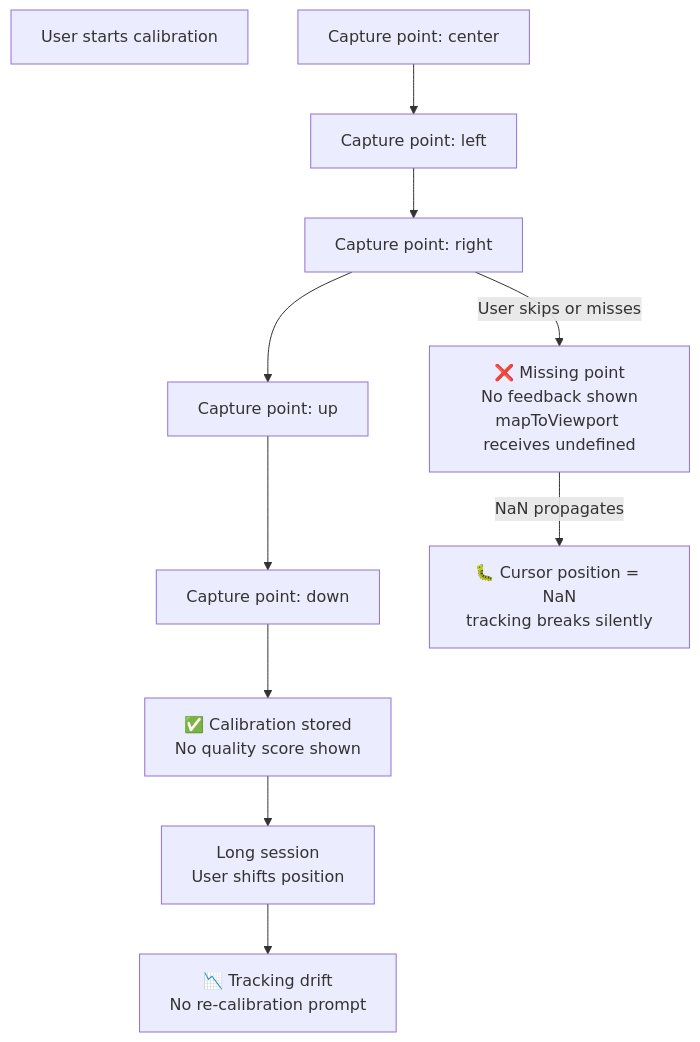
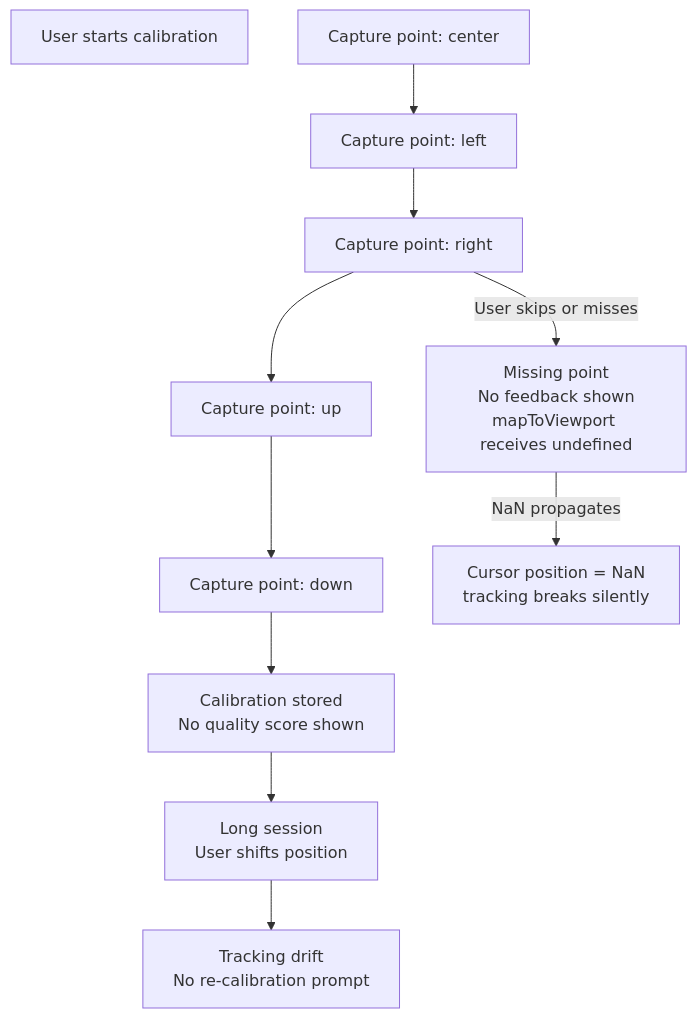
One commit to aadibhat09/NodCursor changed the diagram in .github/ISSUE_TEMPLATE/next-2-calibration-ux.md. Above: the diagram before and after it, drawn with Mermaid. The commit also changed other lines of this file and 17 other files, not shown here.

````diff
--- a/.github/ISSUE_TEMPLATE/next-2-calibration-ux.md
+++ b/.github/ISSUE_TEMPLATE/next-2-calibration-ux.md
@@ -25,15 +25,15 @@
 ```mermaid
 flowchart TD
   User["User starts calibration"]
   P1["Capture point: center"] --> P2["Capture point: left"]
   P2 --> P3["Capture point: right"]
   P3 --> P4["Capture point: up"]
   P4 --> P5["Capture point: down"]
 
-  P3 -->|"User skips or misses"| Miss["❌ Missing point\nNo feedback shown\nmapToViewport receives undefined"]
-  Miss -->|"NaN propagates"| Bug["🐛 Cursor position = NaN\ntracking breaks silently"]
+  P3 -->|"User skips or misses"| Miss[" Missing point\nNo feedback shown\nmapToViewport receives undefined"]
+  Miss -->|"NaN propagates"| Bug[" Cursor position = NaN\ntracking breaks silently"]
 
-  P5 --> Done["✅ Calibration stored\nNo quality score shown"]
+  P5 --> Done[" Calibration stored\nNo quality score shown"]
   Done --> Session["Long session\nUser shifts position"]
-  Session --> Drift["📉 Tracking drift\nNo re-calibration prompt"]
+  Session --> Drift[" Tracking drift\nNo re-calibration prompt"]
 ```
````
